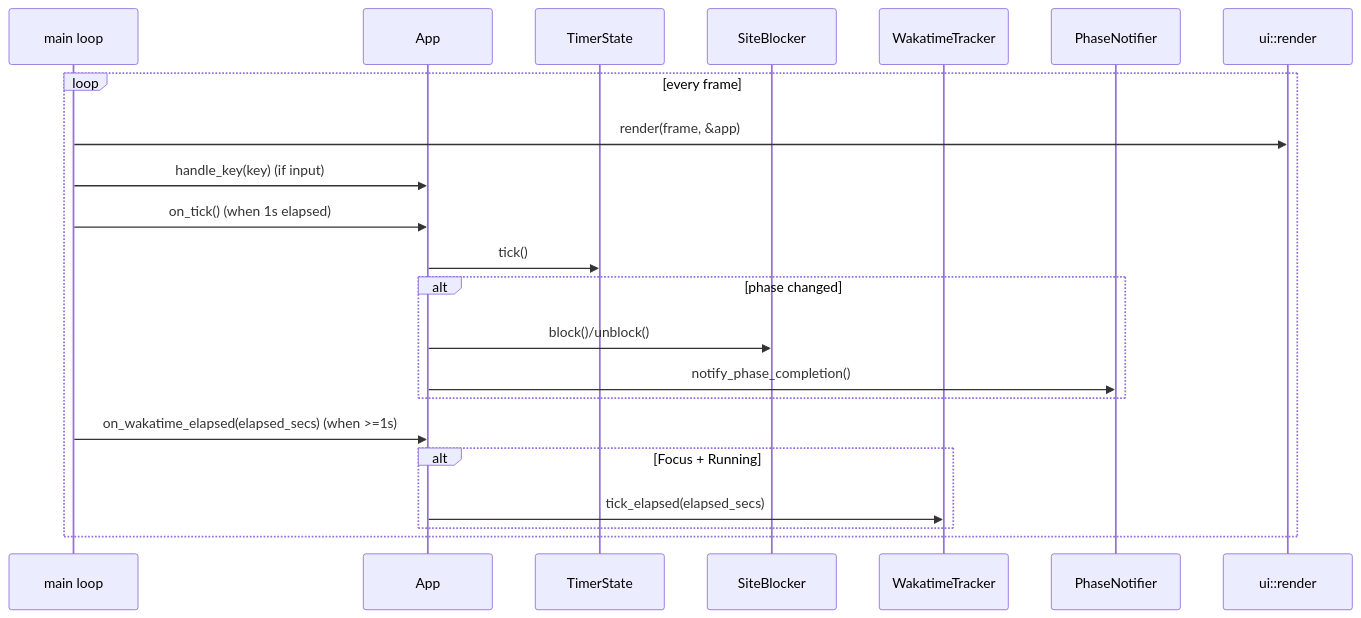
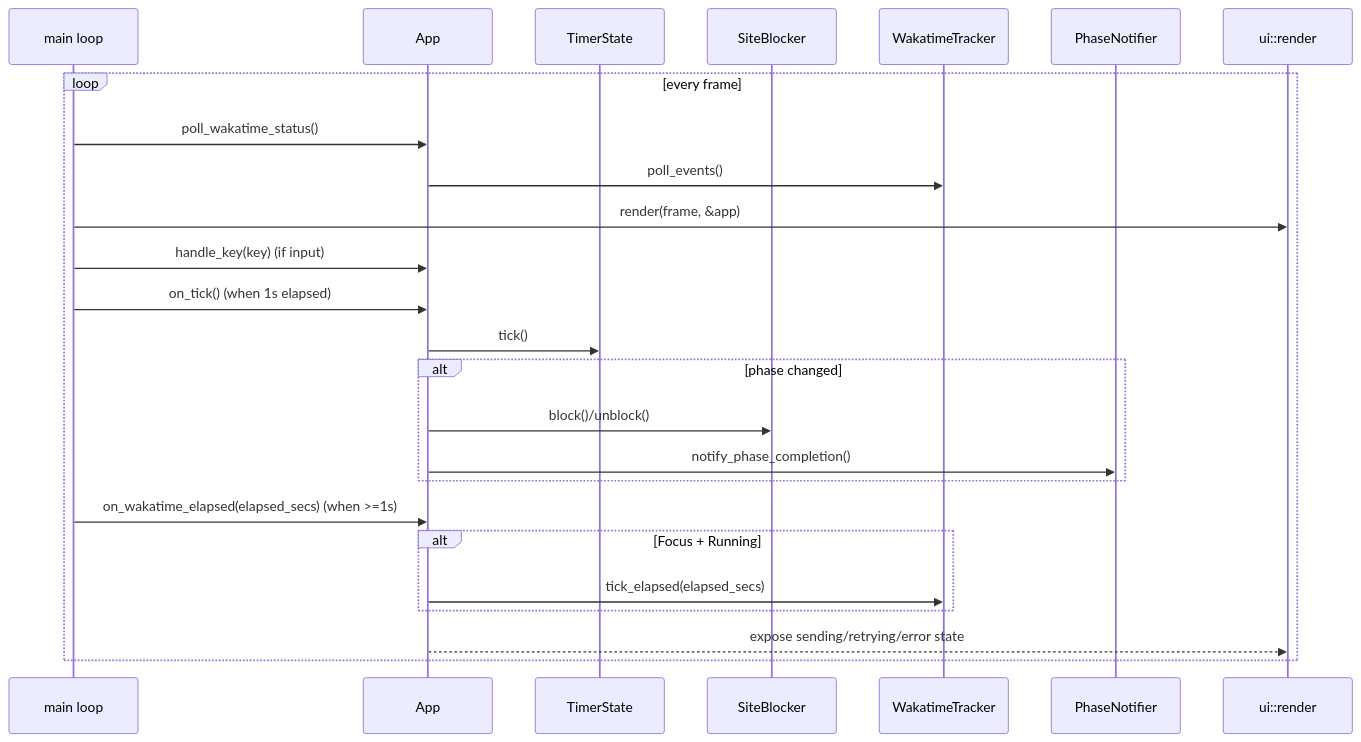
Before and after one commit to utilForever/focustime: the second of 2 diagrams in ARCHITECTURE.md, drawn with Mermaid. The commit also changed 1 other file, not shown here.

Commit message:
fix: address CodeRabbit review findings

````diff
--- a/ARCHITECTURE.md
+++ b/ARCHITECTURE.md
@@ -49,25 +49,28 @@
 ```mermaid
 sequenceDiagram
     participant Main as main loop
     participant App as App
     participant Timer as TimerState
     participant Blocker as SiteBlocker
     participant Waka as WakatimeTracker
     participant Notify as PhaseNotifier
     participant UI as ui::render
 
     loop every frame
+        Main->>App: poll_wakatime_status()
+        App->>Waka: poll_events()
         Main->>UI: render(frame, &app)
         Main->>App: handle_key(key) (if input)
         Main->>App: on_tick() (when 1s elapsed)
         App->>Timer: tick()
         alt phase changed
             App->>Blocker: block()/unblock()
             App->>Notify: notify_phase_completion()
         end
         Main->>App: on_wakatime_elapsed(elapsed_secs) (when >=1s)
         alt Focus + Running
             App->>Waka: tick_elapsed(elapsed_secs)
         end
+        App-->>UI: expose sending/retrying/error state
     end
 ```
````
